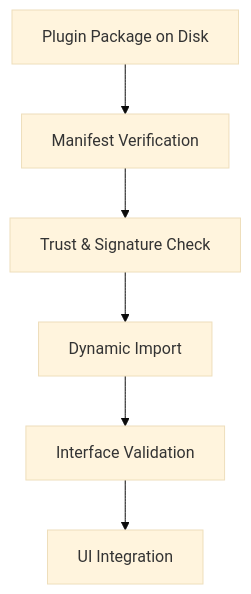
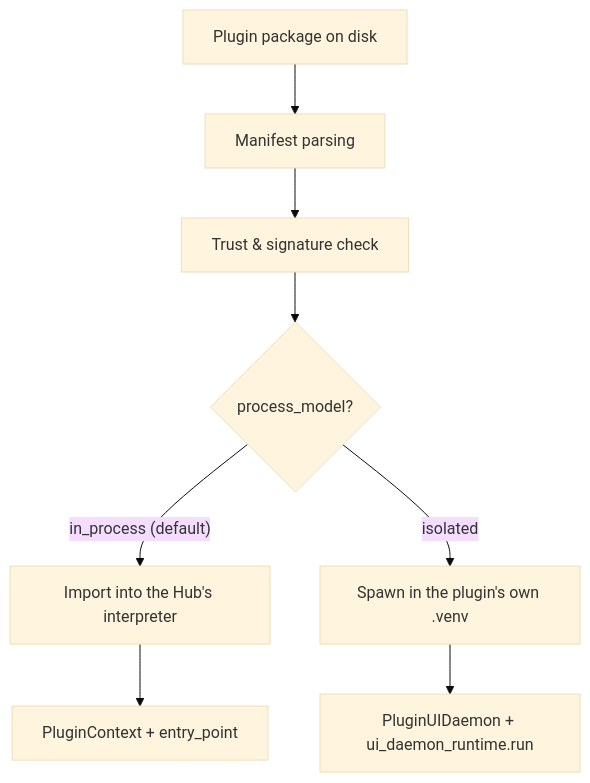
Before and after one commit to KalaimaranB/BioPro: the diagram in docs/internal/15_ModuleManager_and_PluginContract.md, drawn with Mermaid (base theme). The commit also changed other lines of this file and 17 other files, not shown here.

````diff
--- a/docs/internal/15_ModuleManager_and_PluginContract.md
+++ b/docs/internal/15_ModuleManager_and_PluginContract.md
@@ -5,8 +11,10 @@
 ```mermaid
 flowchart TD
-  A[Plugin Package on Disk] --> B[Manifest Verification]
-  B --> C[Trust & Signature Check]
-  C --> D[Dynamic Import]
-  D --> E[Interface Validation]
-  E --> F[UI Integration]
+  A[Plugin package on disk] --> B[Manifest parsing]
+  B --> C[Trust & signature check]
+  C --> D{process_model?}
+  D -->|"in_process (default)"| E[Import into the Hub's interpreter]
+  D -->|isolated| F[Spawn in the plugin's own .venv]
+  E --> G[PluginContext + entry_point]
+  F --> H[PluginUIDaemon + ui_daemon_runtime.run]
 ```
````
